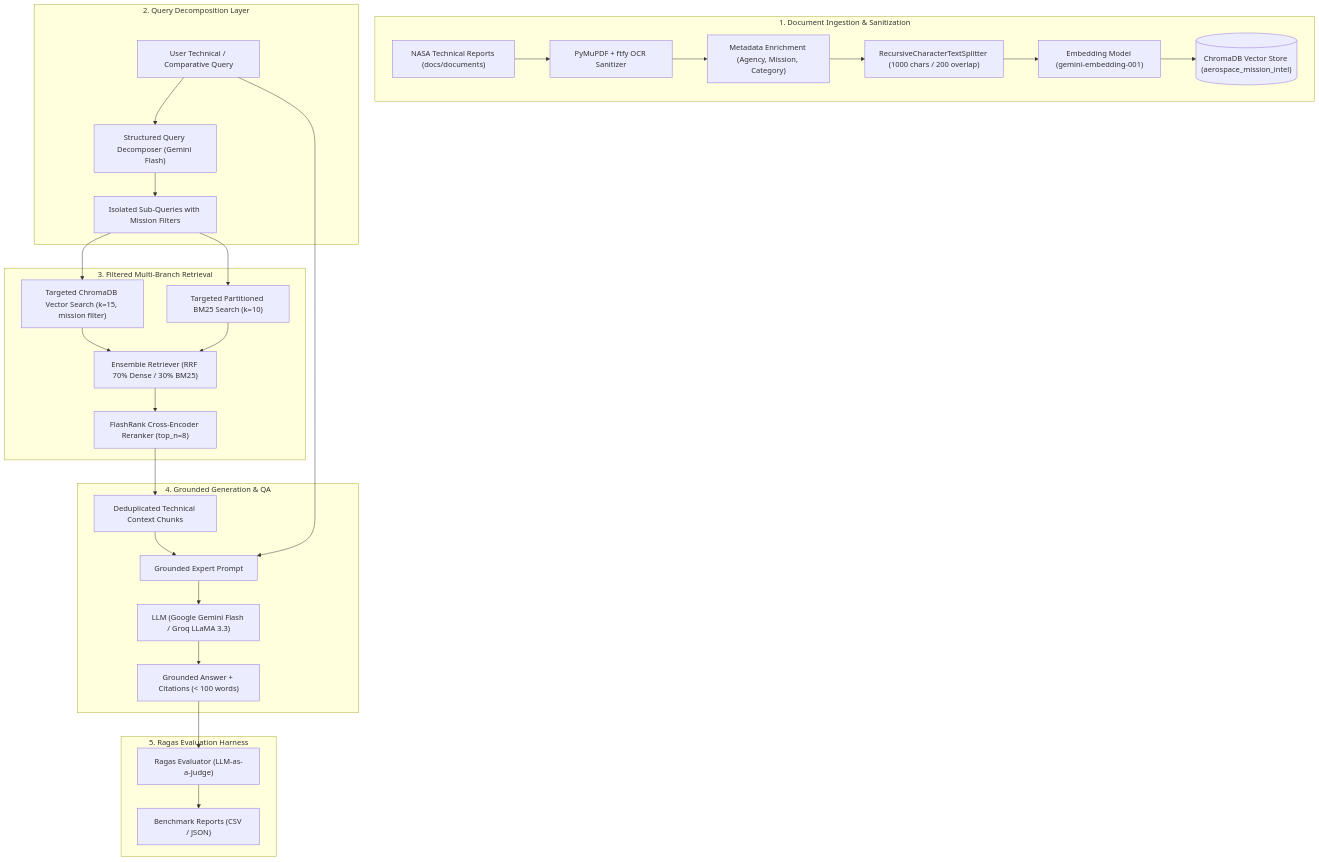
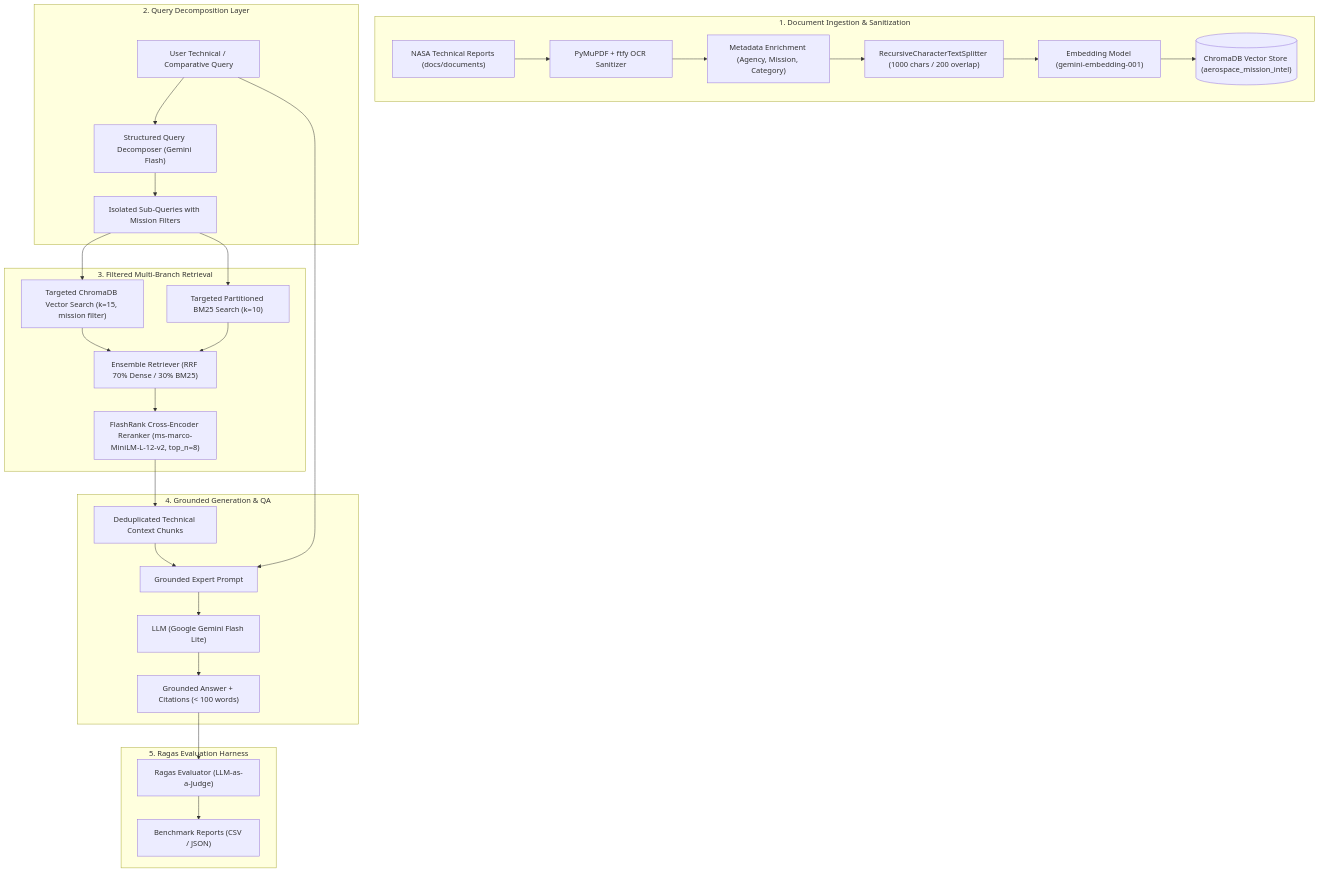
One commit to shaikhjahir750/AreoRAG changed the diagram in README.md. Above: the diagram before and after it, drawn with Mermaid. The commit also changed other lines of this file and 9 other files, not shown here.

````diff
--- a/README.md
+++ b/README.md
@@ -44,36 +48,36 @@
 ```mermaid
 flowchart TD
     subgraph Data_Ingestion ["1. Document Ingestion & Sanitization"]
         PDFs["NASA Technical Reports (docs/documents)"] --> OCR["PyMuPDF + ftfy OCR Sanitizer"]
         OCR --> Meta["Metadata Enrichment (Agency, Mission, Category)"]
         Meta --> Chunker["RecursiveCharacterTextSplitter (1000 chars / 200 overlap)"]
         Chunker --> Embedder["Embedding Model (gemini-embedding-001)"]
         Embedder --> VectorDB[("ChromaDB Vector Store (aerospace_mission_intel)")]
     end
 
     subgraph Query_Planning ["2. Query Decomposition Layer"]
         UserQuery["User Technical / Comparative Query"] --> Decomposer["Structured Query Decomposer (Gemini Flash)"]
         Decomposer --> SubQueries["Isolated Sub-Queries with Mission Filters"]
     end
 
     subgraph Retrieval_Strategies ["3. Filtered Multi-Branch Retrieval"]
         SubQueries --> DenseBranch["Targeted ChromaDB Vector Search (k=15, mission filter)"]
         SubQueries --> SparseBranch["Targeted Partitioned BM25 Search (k=10)"]
         DenseBranch --> Ensemble["Ensemble Retriever (RRF 70% Dense / 30% BM25)"]
         SparseBranch --> Ensemble
-        Ensemble --> FlashRank["FlashRank Cross-Encoder Reranker (top_n=8)"]
+        Ensemble --> FlashRank["FlashRank Cross-Encoder Reranker (ms-marco-MiniLM-L-12-v2, top_n=8)"]
     end
 
     subgraph Generation_Pipeline ["4. Grounded Generation & QA"]
         FlashRank --> DeduplicatedContext["Deduplicated Technical Context Chunks"]
         DeduplicatedContext --> Prompt["Grounded Expert Prompt"]
         UserQuery --> Prompt
-        Prompt --> LLM["LLM (Google Gemini Flash / Groq LLaMA 3.3)"]
+        Prompt --> LLM["LLM (Google Gemini Flash Lite)"]
         LLM --> Response["Grounded Answer + Citations (< 100 words)"]
     end
 
     subgraph Evaluation_Harness ["5. Ragas Evaluation Harness"]
         Response --> Ragas["Ragas Evaluator (LLM-as-a-Judge)"]
         Ragas --> Report["Benchmark Reports (CSV / JSON)"]
     end
 ```
````
